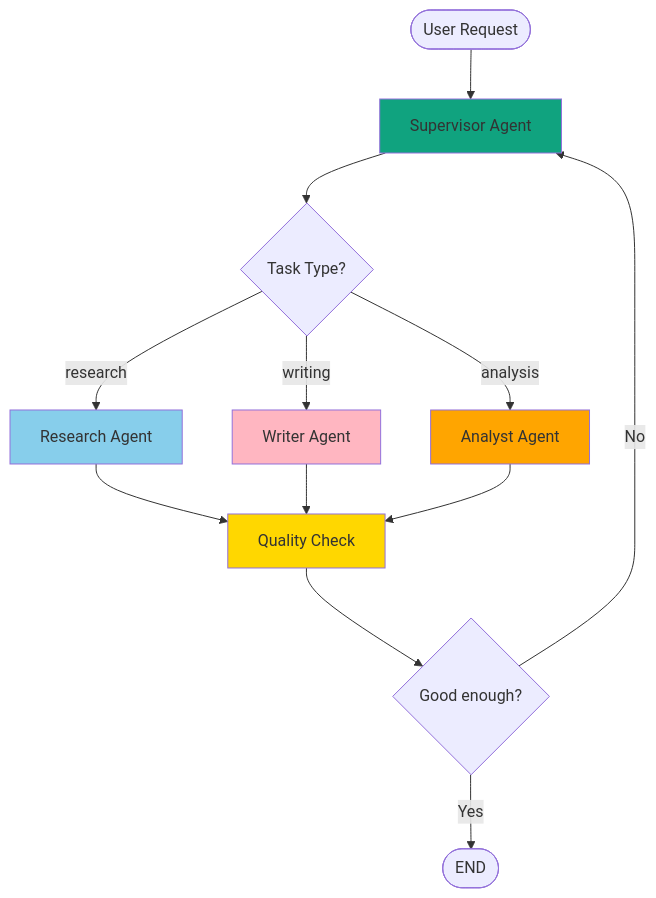
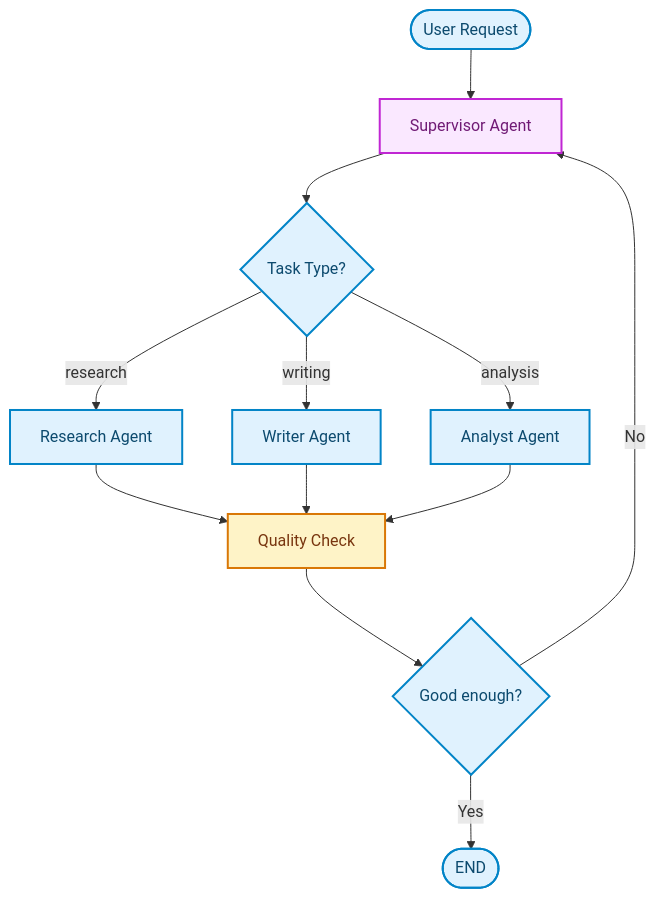
The seventh of 7 diagrams in docs/05-frameworks/einsteiger-langgraph.md (ralf-42/Agenten), drawn with Mermaid before and after one commit. The commit also changed other lines of this file and 15 other files, not shown here.

````diff
--- a/docs/05-frameworks/einsteiger-langgraph.md
+++ b/docs/05-frameworks/einsteiger-langgraph.md
@@ -532,23 +539,23 @@
 ```mermaid
 graph TB
     START([User Request]) --> SUPERVISOR[Supervisor Agent]
 
     SUPERVISOR --> COND{Task Type?}
     COND -->|research| RESEARCH[Research Agent]
     COND -->|writing| WRITER[Writer Agent]
     COND -->|analysis| ANALYST[Analyst Agent]
 
     RESEARCH --> REVIEW[Quality Check]
     WRITER --> REVIEW
     ANALYST --> REVIEW
 
     REVIEW --> ITERCHECK{Good enough?}
     ITERCHECK -->|No| SUPERVISOR
     ITERCHECK -->|Yes| END([END])
 
-    style SUPERVISOR fill:#10a37f
-    style RESEARCH fill:#87CEEB
-    style WRITER fill:#FFB6C1
-    style ANALYST fill:#FFA500
-    style REVIEW fill:#FFD700
+    classDef default fill:#e0f2fe,stroke:#0284c7,stroke-width:2px,color:#0c4a6e;
+    classDef metric fill:#fef3c7,stroke:#d97706,stroke-width:2px,color:#78350f;
+    classDef target fill:#fae8ff,stroke:#c026d3,stroke-width:2px,color:#701a75;
+    class SUPERVISOR target;
+    class REVIEW metric;
 ```
````
